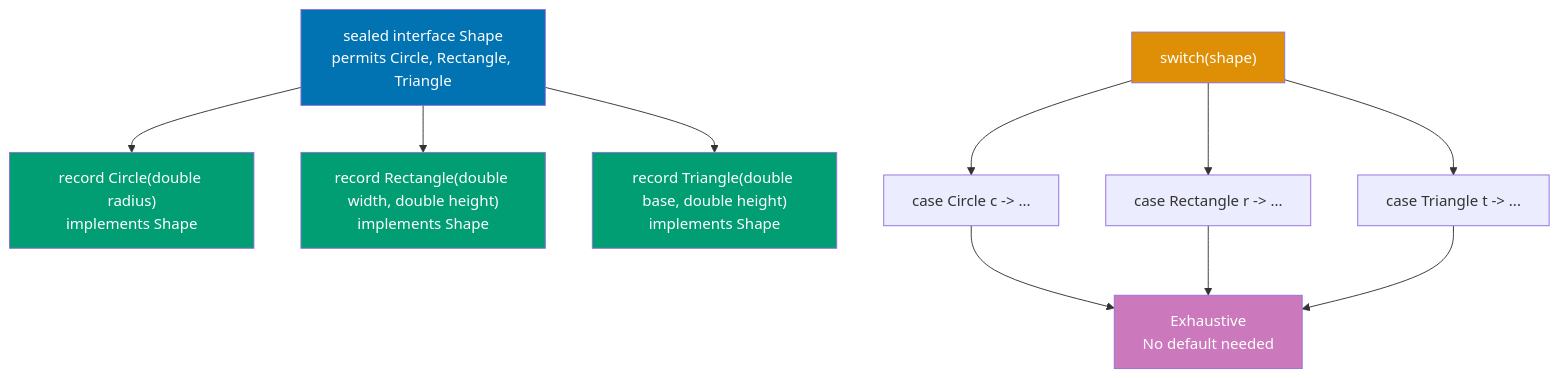
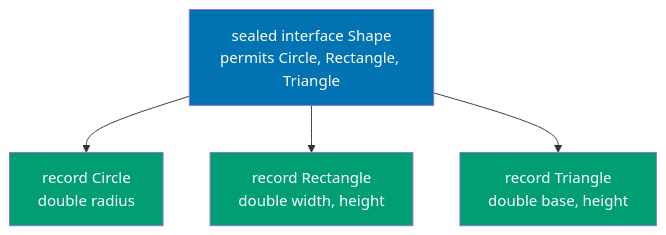
The seventh of 8 diagrams in apps/ayokoding-web/content/en/learn/software-engineering/programming-languages/java/tutorials/by-example/intermediate.md (wahidyankf/open-sharia-enterprise), drawn with Mermaid before and after one commit. The commit also changed other lines of this file and 86 other files, not shown here.

First line of the commit message:
feat(diagrams): implement TD default layout and diagram splitting for mobile

````diff
--- a/apps/ayokoding-web/content/en/learn/software-engineering/programming-languages/java/tutorials/by-example/intermediate.md
+++ b/apps/ayokoding-web/content/en/learn/software-engineering/programming-languages/java/tutorials/by-example/intermediate.md
@@ -3655,21 +3657,13 @@
 ```mermaid
 %% Color Palette: Blue #0173B2, Orange #DE8F05, Teal #029E73, Purple #CC78BC, Brown #CA9161
 graph TD
-    Sealed["sealed interface Shape<br/>permits Circle, Rectangle, Triangle"] --> Circle["record Circle(double radius)<br/>implements Shape"]
-    Sealed --> Rectangle["record Rectangle(double width, double height)<br/>implements Shape"]
-    Sealed --> Triangle["record Triangle(double base, double height)<br/>implements Shape"]
-
-    Switch["switch(shape)"] --> CaseC["case Circle c -> ..."]
-    Switch --> CaseR["case Rectangle r -> ..."]
-    Switch --> CaseT["case Triangle t -> ..."]
-    CaseC --> Result["Exhaustive<br/>No default needed"]
-    CaseR --> Result
-    CaseT --> Result
+    Sealed["sealed interface Shape<br/>permits Circle, Rectangle, Triangle"]
+    Sealed --> Circle["record Circle<br/>double radius"]
+    Sealed --> Rectangle["record Rectangle<br/>double width, height"]
+    Sealed --> Triangle["record Triangle<br/>double base, height"]
 
     style Sealed fill:#0173B2,color:#fff
     style Circle fill:#029E73,color:#fff
     style Rectangle fill:#029E73,color:#fff
     style Triangle fill:#029E73,color:#fff
-    style Switch fill:#DE8F05,color:#fff
-    style Result fill:#CC78BC,color:#fff
 ```
````
